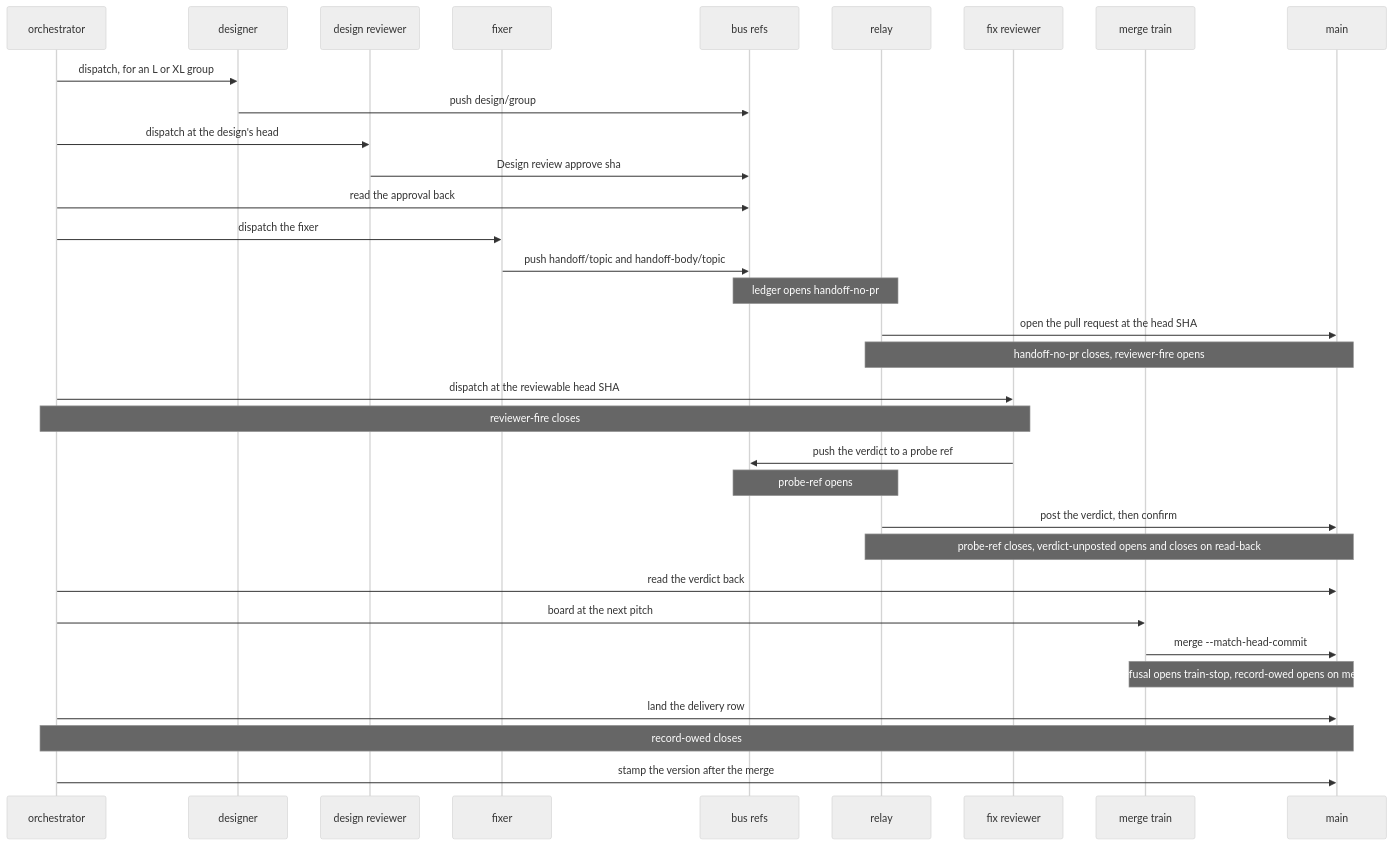
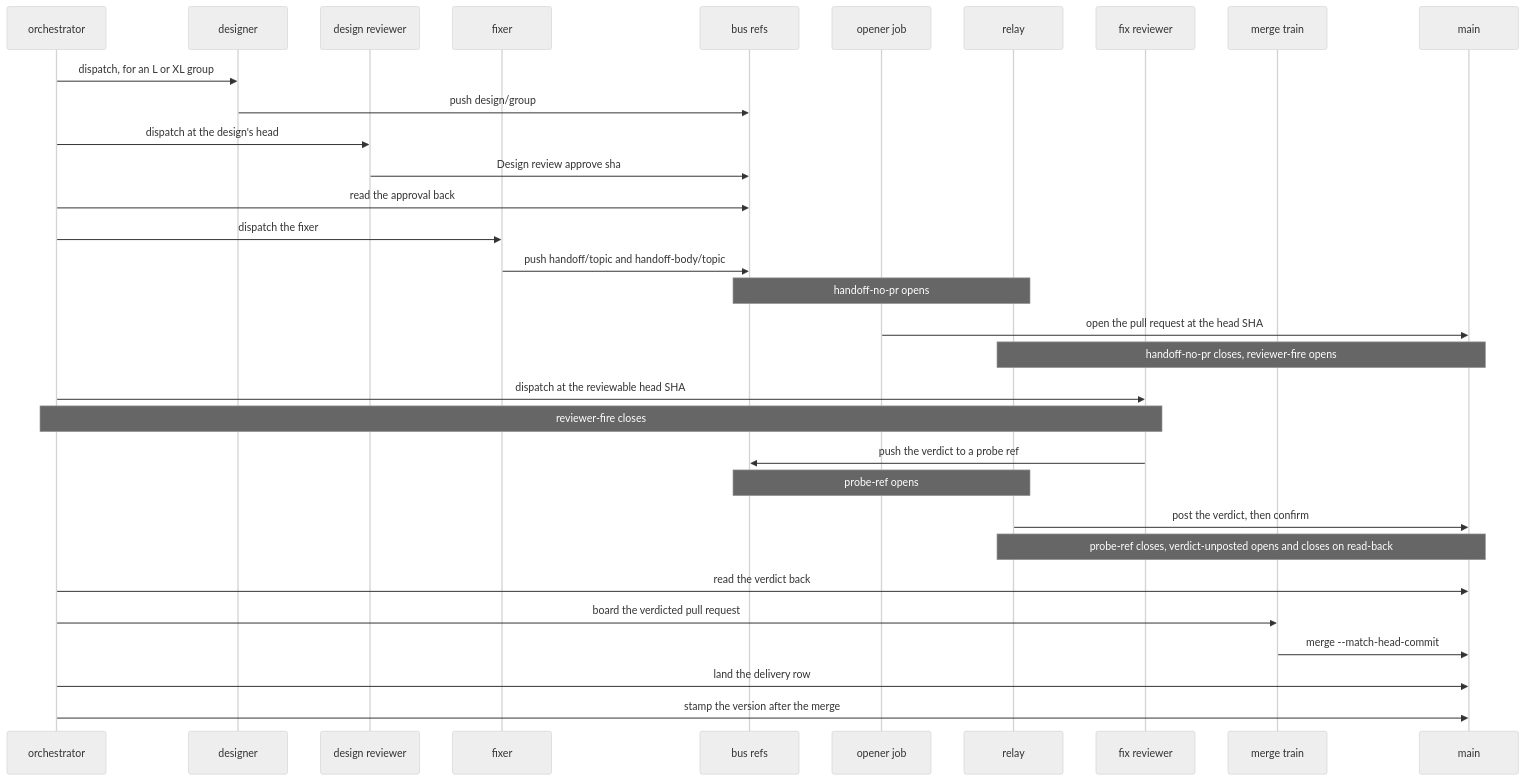
Before and after one commit to tvofi/heatpump_optimizer: the fourth of 4 diagrams in dev/README.md, drawn with Mermaid (neutral theme). The commit also changed other lines of this file and 22 other files, not shown here.

````diff
--- a/dev/README.md
+++ b/dev/README.md
@@ -313,35 +515,34 @@
 ```mermaid
 sequenceDiagram
     participant O as orchestrator
     participant D as designer
     participant DR as design reviewer
     participant F as fixer
     participant B as bus refs
+    participant OP as opener job
     participant RL as relay
     participant RV as fix reviewer
     participant T as merge train
     participant M as main
     O->>D: dispatch, for an L or XL group
     D->>B: push design/group
     O->>DR: dispatch at the design's head
     DR->>B: Design review approve sha
     O->>B: read the approval back
     O->>F: dispatch the fixer
     F->>B: push handoff/topic and handoff-body/topic
-    Note over B,RL: ledger opens handoff-no-pr
-    RL->>M: open the pull request at the head SHA
+    Note over B,RL: handoff-no-pr opens
+    OP->>M: open the pull request at the head SHA
     Note over RL,M: handoff-no-pr closes, reviewer-fire opens
     O->>RV: dispatch at the reviewable head SHA
     Note over O,RV: reviewer-fire closes
     RV->>B: push the verdict to a probe ref
     Note over B,RL: probe-ref opens
     RL->>M: post the verdict, then confirm
     Note over RL,M: probe-ref closes, verdict-unposted opens and closes on read-back
     O->>M: read the verdict back
-    O->>T: board at the next pitch
+    O->>T: board the verdicted pull request
     T->>M: merge --match-head-commit
-    Note over T,M: a refusal opens train-stop, record-owed opens on merge
     O->>M: land the delivery row
-    Note over O,M: record-owed closes
     O->>M: stamp the version after the merge
 ```
````
